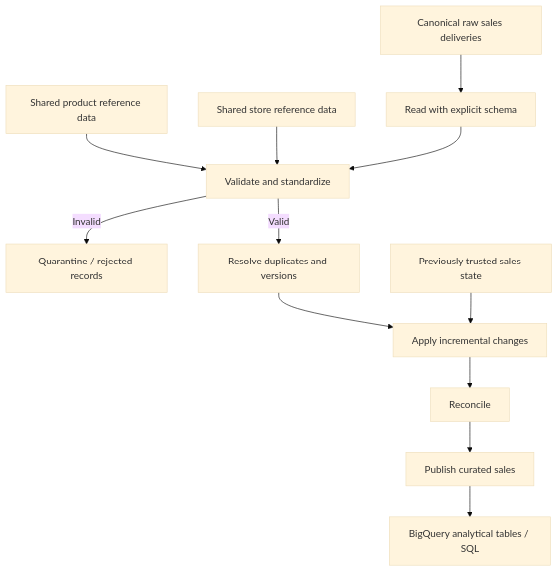
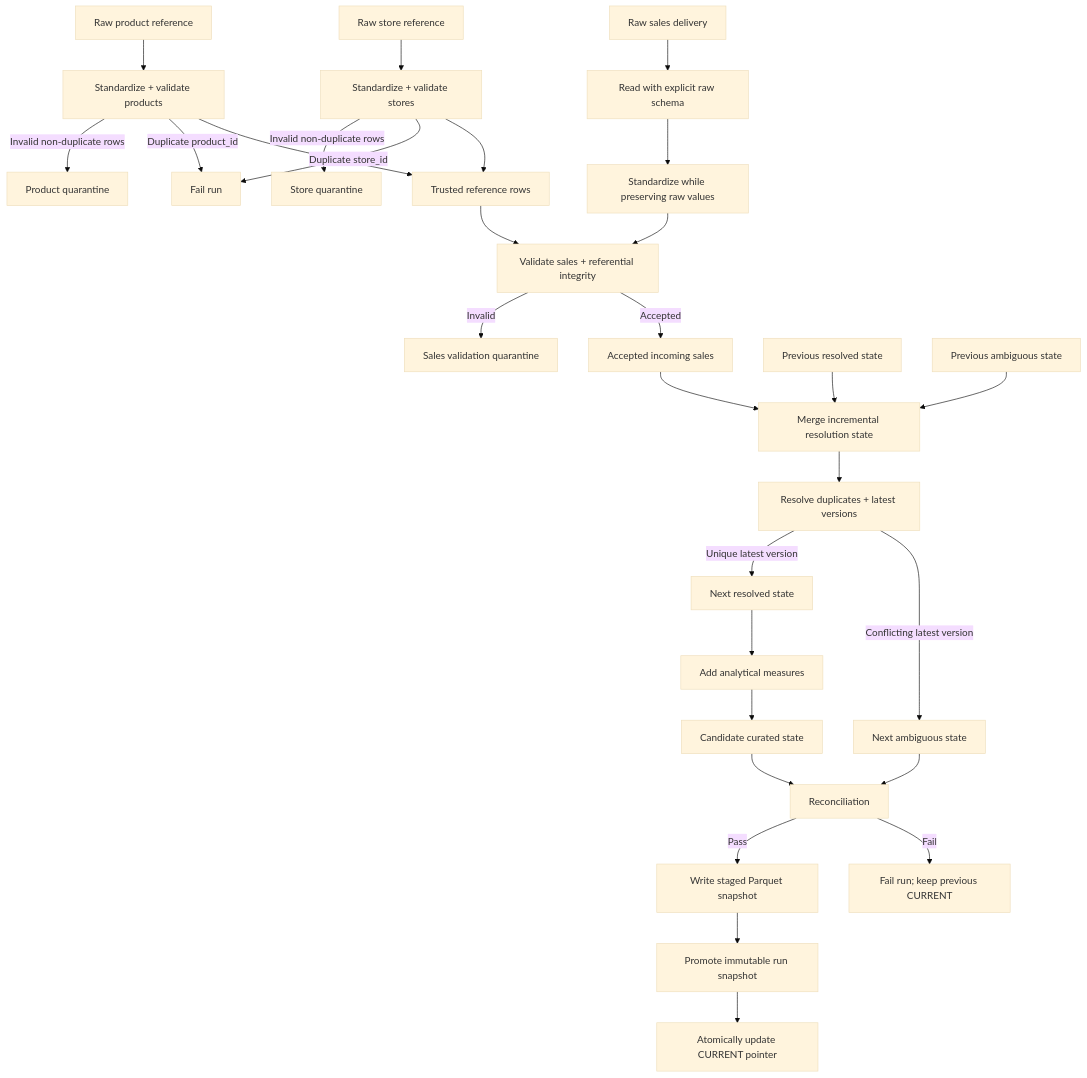
The diagram in clients/C001-inflation-retail-group/engagements/P001-retail-sales/ARCHITECTURE.md (code-of-toad/gods-freedom-ark), drawn with Mermaid (base theme) before and after one commit. The commit also changed other lines of this file, not shown here.

Commit message:
Refresh architecture for incremental state and safe publication

````diff
--- a/clients/C001-inflation-retail-group/engagements/P001-retail-sales/ARCHITECTURE.md
+++ b/clients/C001-inflation-retail-group/engagements/P001-retail-sales/ARCHITECTURE.md
@@ -55,17 +61,42 @@
 ```mermaid
 flowchart TD
-    A["Canonical raw sales deliveries"] --> B["Read with explicit schema"]
-    P["Shared product reference data"] --> C["Validate and standardize"]
-    S["Shared store reference data"] --> C
-    B --> C
+    P["Raw product reference"] --> PS["Standardize + validate products"]
+    S["Raw store reference"] --> SS["Standardize + validate stores"]
 
-    C -->|Invalid| Q["Quarantine / rejected records"]
-    C -->|Valid| D["Resolve duplicates and versions"]
+    PS -->|Invalid non-duplicate rows| PQ["Product quarantine"]
+    SS -->|Invalid non-duplicate rows| SQ["Store quarantine"]
 
-    D --> E["Apply incremental changes"]
-    T["Previously trusted sales state"] --> E
+    PS -->|Duplicate product_id| RF["Fail run"]
+    SS -->|Duplicate store_id| RF
 
-    E --> F["Reconcile"]
-    F --> G["Publish curated sales"]
-    G --> H["BigQuery analytical tables / SQL"]
+    A["Raw sales delivery"] --> B["Read with explicit raw schema"]
+    B --> C["Standardize while preserving raw values"]
+
+    PS --> VR["Trusted reference rows"]
+    SS --> VR
+
+    C --> D["Validate sales + referential integrity"]
+    VR --> D
+
+    D -->|Invalid| VQ["Sales validation quarantine"]
+    D -->|Accepted| I["Accepted incoming sales"]
+
+    T["Previous resolved state"] --> M["Merge incremental resolution state"]
+    U["Previous ambiguous state"] --> M
+    I --> M
+
+    M --> R["Resolve duplicates + latest versions"]
+    R -->|Unique latest version| RS["Next resolved state"]
+    R -->|Conflicting latest version| AS["Next ambiguous state"]
+
+    RS --> X["Add analytical measures"]
+    X --> Y["Candidate curated state"]
+    Y --> Z["Reconciliation"]
+    AS --> Z
+
+    Z -->|Pass| ST["Write staged Parquet snapshot"]
+    Z -->|Fail| FAIL["Fail run; keep previous CURRENT"]
+
+    ST --> PR["Promote immutable run snapshot"]
+    PR --> CP["Atomically update CURRENT pointer"]
 ```
````
